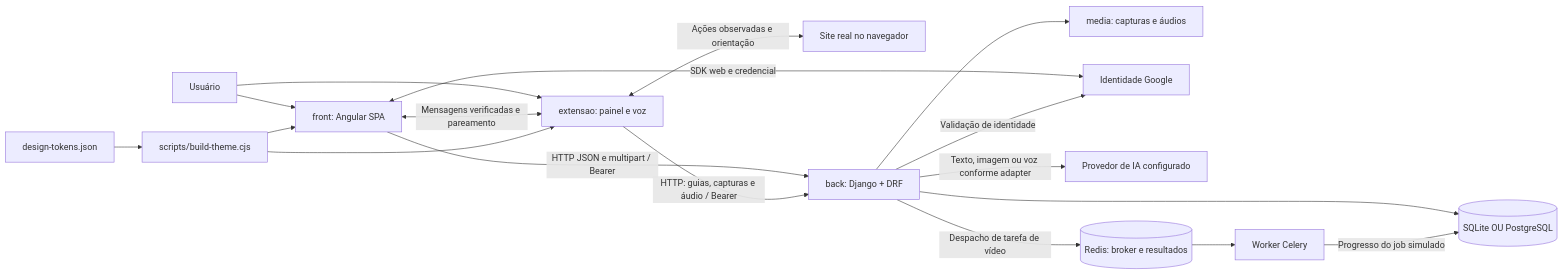
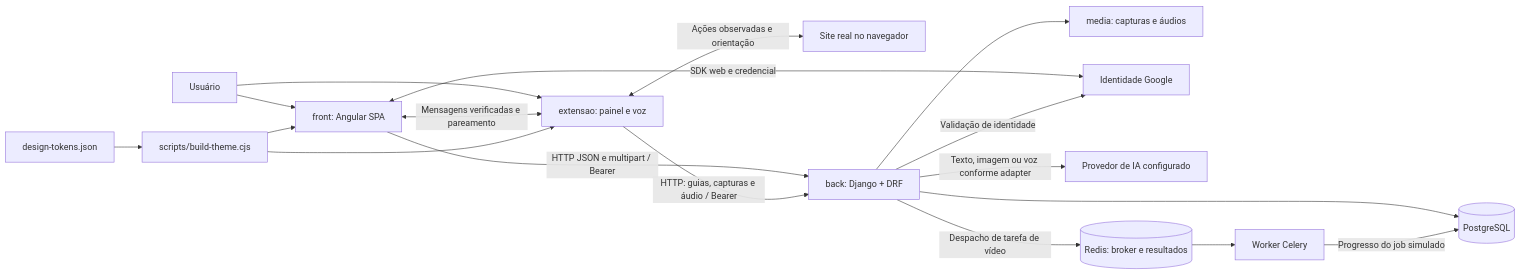
Before and after one commit to viituux/octor: the diagram in docs/STACK.md, drawn with Mermaid. The commit also changed other lines of this file and 203 other files, not shown here.

````diff
--- a/docs/STACK.md
+++ b/docs/STACK.md
@@ -146,20 +144,20 @@
 ```mermaid
 flowchart LR
     U[Usuário] --> F[front: Angular SPA]
     U --> E[extensao: painel e voz]
     F <-->|Mensagens verificadas e pareamento| E
     E <-->|Ações observadas e orientação| S[Site real no navegador]
     F -->|HTTP JSON e multipart / Bearer| B[back: Django + DRF]
     E -->|HTTP: guias, capturas e áudio / Bearer| B
-    B --> D[(SQLite OU PostgreSQL)]
+    B --> D[(PostgreSQL)]
     B --> M[media: capturas e áudios]
     F <-->|SDK web e credencial| G[Identidade Google]
     B -->|Validação de identidade| G
     B -->|Texto, imagem ou voz conforme adapter| A[Provedor de IA configurado]
     B -->|Despacho de tarefa de vídeo| R[(Redis: broker e resultados)]
     R --> W[Worker Celery]
     W -->|Progresso do job simulado| D
     T[design-tokens.json] --> X[scripts/build-theme.cjs]
     X --> F
     X --> E
 ```
````
